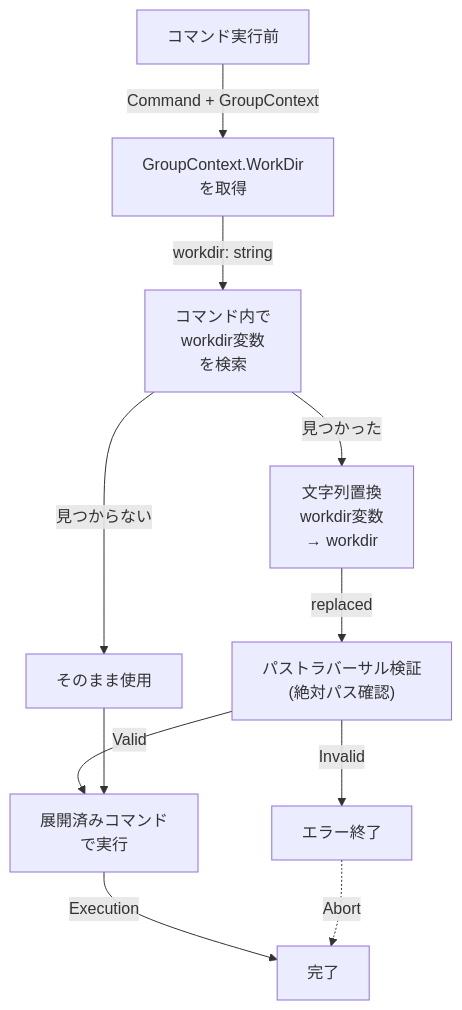
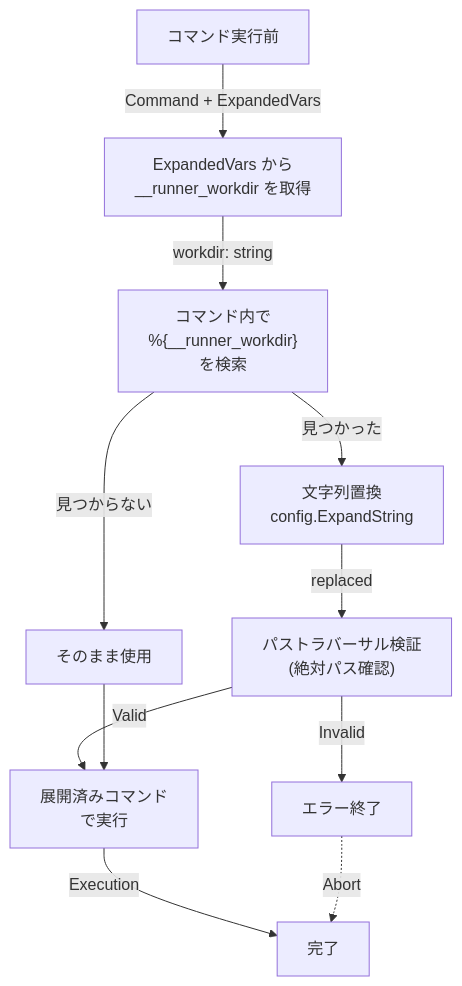
One commit to isseis/go-safe-cmd-runner changed the seventh of 11 diagrams in docs/tasks/0034_workdir_redesign/02_architecture.md. Above: the diagram before and after it, drawn with Mermaid. The commit also changed other lines of this file, not shown here.

First line of the commit message:
Refactor workdir design docs to use AutoVarProvider for __runner_workdir

````diff
--- a/docs/tasks/0034_workdir_redesign/02_architecture.md
+++ b/docs/tasks/0034_workdir_redesign/02_architecture.md
@@ -442,20 +446,20 @@
 ```mermaid
 flowchart TD
-    Start["コマンド実行前"] -->|Command + GroupContext| GetValue
+    Start["コマンド実行前"] -->|Command + ExpandedVars| GetValue
 
-    GetValue["GroupContext.WorkDir<br/>を取得"]
-    GetValue -->|workdir: string| Scan["コマンド内で<br/>workdir変数<br/>を検索"]
+    GetValue["ExpandedVars から<br/>__runner_workdir を取得"]
+    GetValue -->|workdir: string| Scan["コマンド内で<br/>%{__runner_workdir}<br/>を検索"]
 
-    Scan -->|見つかった| Replace["文字列置換<br/>workdir変数<br/>→ workdir"]
+    Scan -->|見つかった| Replace["文字列置換<br/>config.ExpandString"]
     Scan -->|見つからない| NoChange["そのまま使用"]
 
     Replace -->|replaced| ValidatePath["パストラバーサル検証<br/>(絶対パス確認)"]
 
     ValidatePath -->|Valid| Output["展開済みコマンド<br/>で実行"]
     ValidatePath -->|Invalid| Error["エラー終了"]
 
     NoChange --> Output
 
     Output -->|Execution| End["完了"]
     Error -.->|Abort| End
 ```
````
